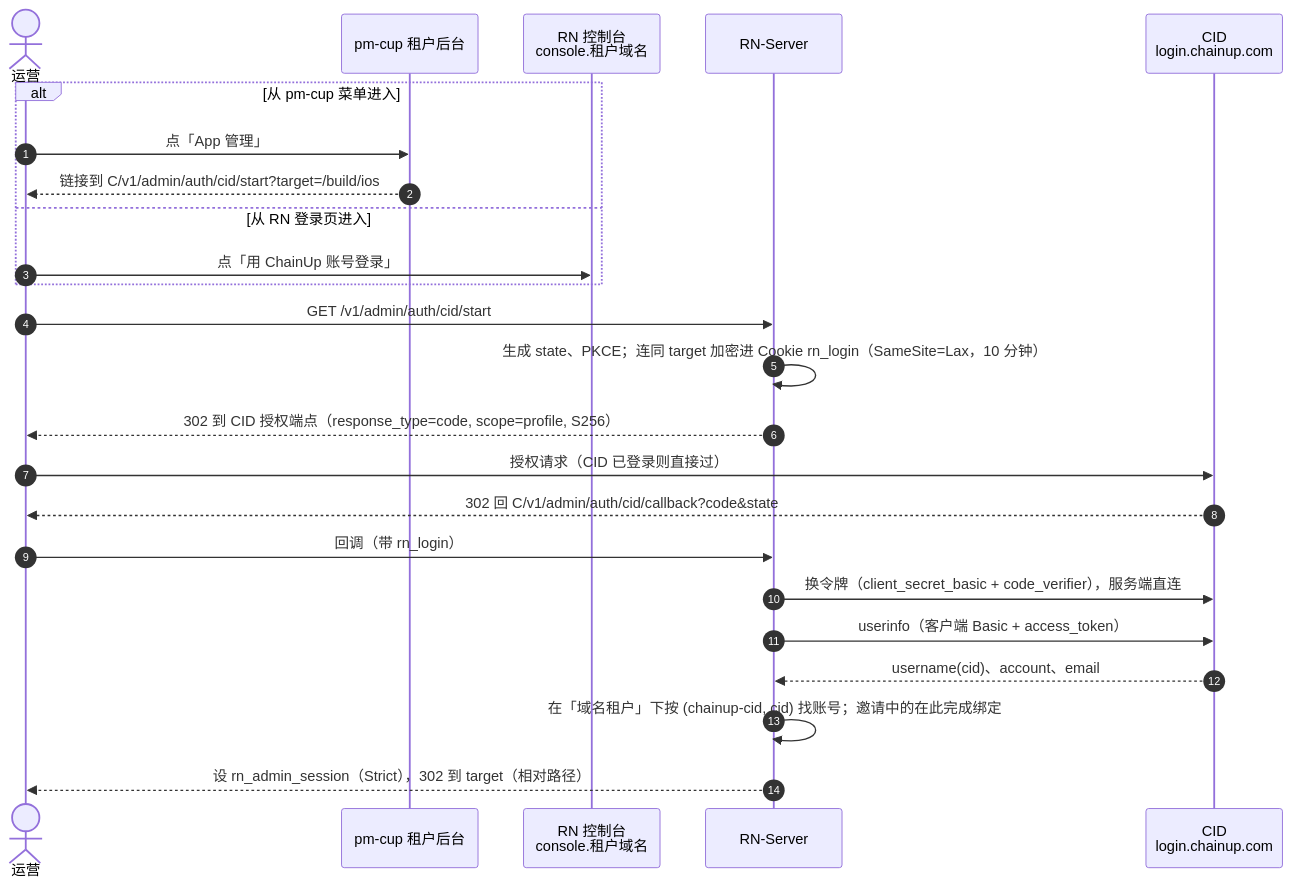
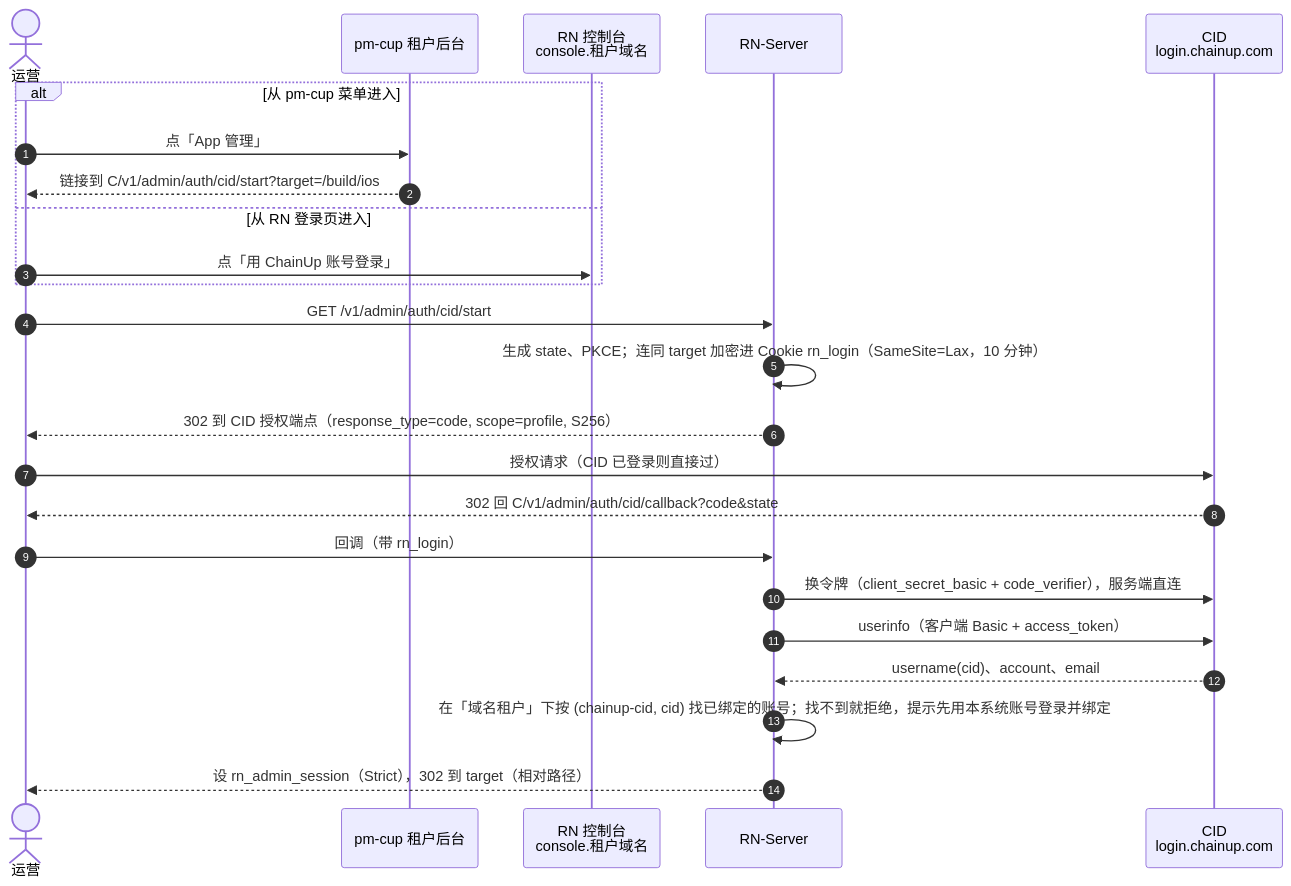
One commit to Helix2010/RN-Server changed the first of 2 diagrams in docs/design/tenant-console-accounts-and-sso-2026-09-25.md. Above: the diagram before and after it, drawn with Mermaid. The commit also changed other lines of this file, not shown here.

````diff
--- a/docs/design/tenant-console-accounts-and-sso-2026-09-25.md
+++ b/docs/design/tenant-console-accounts-and-sso-2026-09-25.md
@@ -166,27 +179,27 @@
 ```mermaid
 sequenceDiagram
   autonumber
   actor U as 运营
   participant P as pm-cup 租户后台
   participant C as RN 控制台<br/>console.租户域名
   participant S as RN-Server
   participant I as CID<br/>login.chainup.com
 
   alt 从 pm-cup 菜单进入
     U->>P: 点「App 管理」
     P-->>U: 链接到 C/v1/admin/auth/cid/start?target=/build/ios
   else 从 RN 登录页进入
     U->>C: 点「用 ChainUp 账号登录」
   end
   U->>S: GET /v1/admin/auth/cid/start
   S->>S: 生成 state、PKCE；连同 target 加密进 Cookie rn_login（SameSite=Lax，10 分钟）
   S-->>U: 302 到 CID 授权端点（response_type=code, scope=profile, S256）
   U->>I: 授权请求（CID 已登录则直接过）
   I-->>U: 302 回 C/v1/admin/auth/cid/callback?code&state
   U->>S: 回调（带 rn_login）
   S->>I: 换令牌（client_secret_basic + code_verifier），服务端直连
   S->>I: userinfo（客户端 Basic + access_token）
   I-->>S: username(cid)、account、email
-  S->>S: 在「域名租户」下按 (chainup-cid, cid) 找账号；邀请中的在此完成绑定
+  S->>S: 在「域名租户」下按 (chainup-cid, cid) 找已绑定的账号；找不到就拒绝，提示先用本系统账号登录并绑定
   S-->>U: 设 rn_admin_session（Strict），302 到 target（相对路径）
 ```
````
